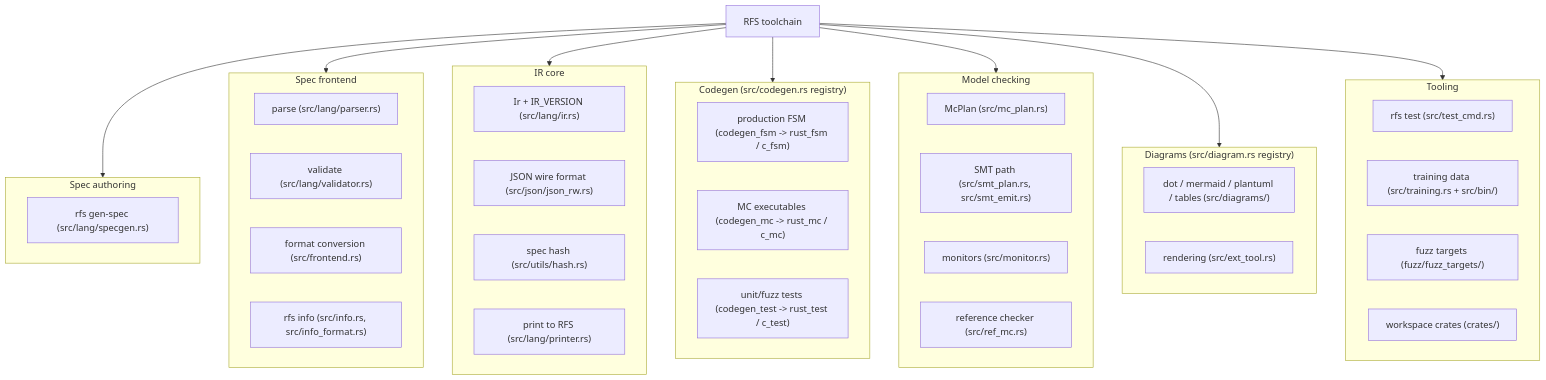
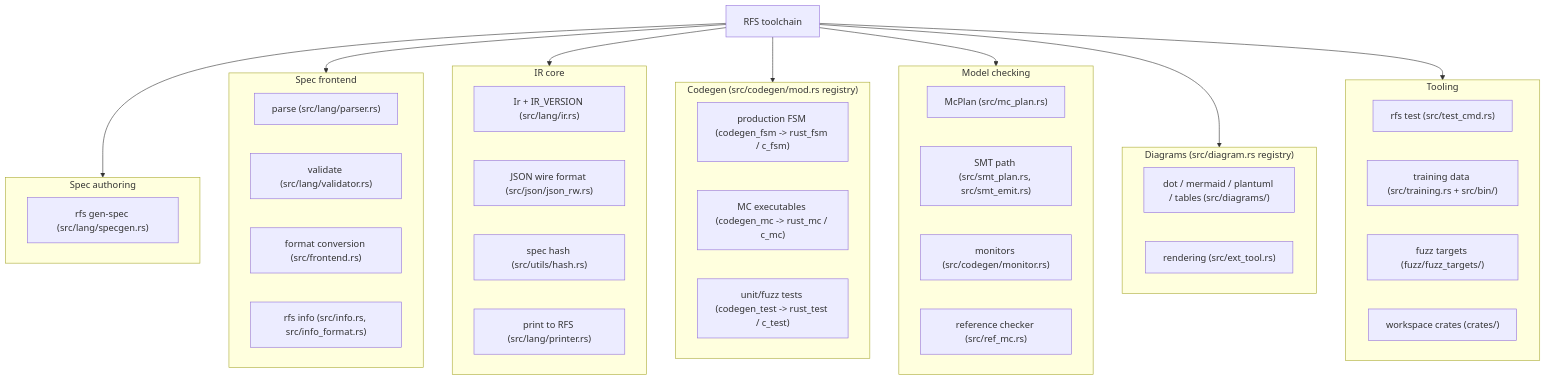
One commit to vasil-sd/RFS changed the second of 2 diagrams in docs/dev/ARCHITECTURE.md. Above: the diagram before and after it, drawn with Mermaid. The commit also changed other lines of this file and 49 other files, not shown here.

````diff
--- a/docs/dev/ARCHITECTURE.md
+++ b/docs/dev/ARCHITECTURE.md
@@ -114,55 +114,55 @@
 ```mermaid
 flowchart TD
     RFS["RFS toolchain"]
 
     subgraph AUTHOR["Spec authoring"]
         GEN["rfs gen-spec (src/lang/specgen.rs)"]
     end
 
     subgraph FRONT["Spec frontend"]
         PARSE["parse (src/lang/parser.rs)"]
         VALIDATE["validate (src/lang/validator.rs)"]
         CONVERT["format conversion (src/frontend.rs)"]
         INFO["rfs info (src/info.rs, src/info_format.rs)"]
     end
 
     subgraph IRCORE["IR core"]
         IR["Ir + IR_VERSION (src/lang/ir.rs)"]
         JSON["JSON wire format (src/json/json_rw.rs)"]
         HASH["spec hash (src/utils/hash.rs)"]
         PRINT["print to RFS (src/lang/printer.rs)"]
     end
 
-    subgraph CODEGEN["Codegen (src/codegen.rs registry)"]
+    subgraph CODEGEN["Codegen (src/codegen/mod.rs registry)"]
         PROD["production FSM (codegen_fsm -> rust_fsm / c_fsm)"]
         MCBIN["MC executables (codegen_mc -> rust_mc / c_mc)"]
         TESTS["unit/fuzz tests (codegen_test -> rust_test / c_test)"]
     end
 
     subgraph MCENG["Model checking"]
         PLAN["McPlan (src/mc_plan.rs)"]
         SMT["SMT path (src/smt_plan.rs, src/smt_emit.rs)"]
-        MON["monitors (src/monitor.rs)"]
+        MON["monitors (src/codegen/monitor.rs)"]
         REF["reference checker (src/ref_mc.rs)"]
     end
 
     subgraph DIAGRAMS["Diagrams (src/diagram.rs registry)"]
         FORMATS["dot / mermaid / plantuml / tables (src/diagrams/)"]
         RENDER["rendering (src/ext_tool.rs)"]
     end
 
     subgraph TOOLING["Tooling"]
         TESTCMD["rfs test (src/test_cmd.rs)"]
         TRAIN["training data (src/training.rs + src/bin/)"]
         FUZZ["fuzz targets (fuzz/fuzz_targets/)"]
         CRATES["workspace crates (crates/)"]
     end
 
     RFS --> AUTHOR
     RFS --> FRONT
     RFS --> IRCORE
     RFS --> CODEGEN
     RFS --> MCENG
     RFS --> DIAGRAMS
     RFS --> TOOLING
 ```
````
